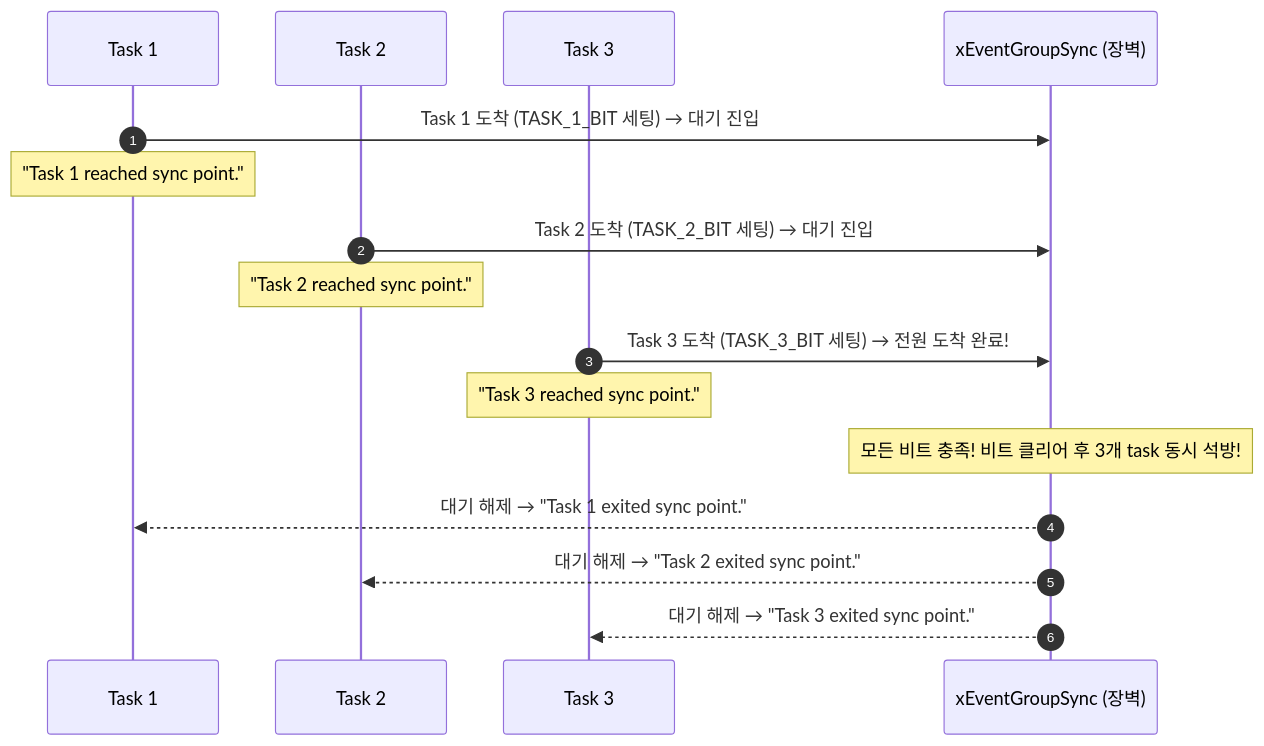
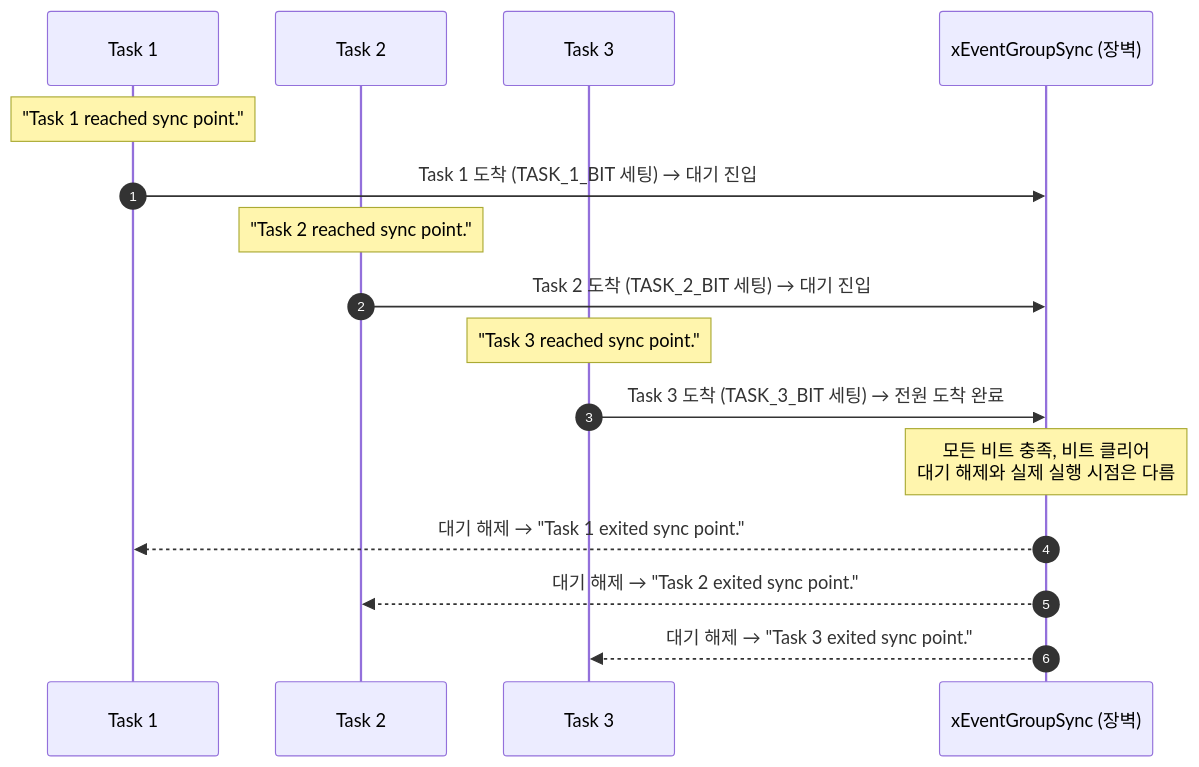
Before and after one commit to yunju-baek/FreeRTOS-Tutorials-ko: the second of 2 diagrams in ko/guides/tutorial_16.md, drawn with Mermaid. The commit also changed other lines of this file and 37 other files, not shown here.

````diff
--- a/ko/guides/tutorial_16.md
+++ b/ko/guides/tutorial_16.md
@@ -72,19 +76,19 @@
 ```mermaid
 sequenceDiagram
     autonumber
     participant T1 as Task 1
     participant T2 as Task 2
     participant T3 as Task 3
     participant Sync as xEventGroupSync (장벽)
 
+    Note over T1: "Task 1 reached sync point."
     T1->>Sync: Task 1 도착 (TASK_1_BIT 세팅) → 대기 진입
-    Note over T1: "Task 1 reached sync point."
+    Note over T2: "Task 2 reached sync point."
     T2->>Sync: Task 2 도착 (TASK_2_BIT 세팅) → 대기 진입
-    Note over T2: "Task 2 reached sync point."
-    T3->>Sync: Task 3 도착 (TASK_3_BIT 세팅) → 전원 도착 완료!
     Note over T3: "Task 3 reached sync point."
-    Note over Sync: 모든 비트 충족! 비트 클리어 후 3개 task 동시 석방!
+    T3->>Sync: Task 3 도착 (TASK_3_BIT 세팅) → 전원 도착 완료
+    Note over Sync: 모든 비트 충족, 비트 클리어<br/>대기 해제와 실제 실행 시점은 다름
     Sync-->>T1: 대기 해제 → "Task 1 exited sync point."
     Sync-->>T2: 대기 해제 → "Task 2 exited sync point."
     Sync-->>T3: 대기 해제 → "Task 3 exited sync point."
 ```
````
